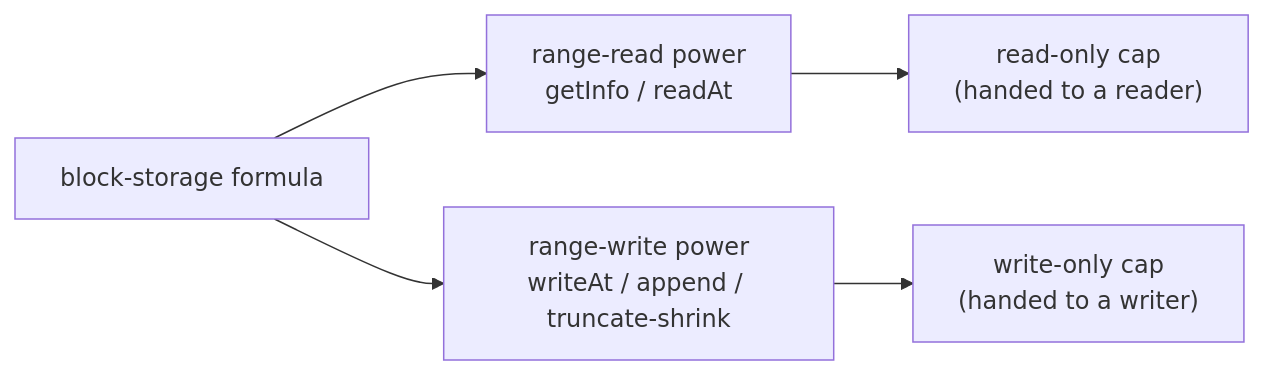
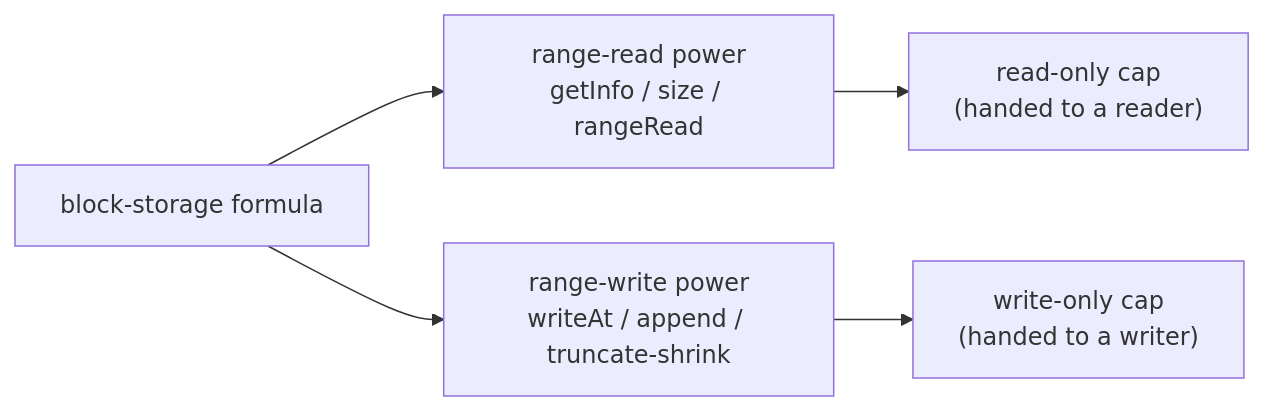
Before and after one commit to endojs/endo-but-for-bots: the diagram in designs/daemon-mutable-blob-block-storage.md, drawn with Mermaid. The commit also changed other lines of this file, not shown here.

First line of the commit message:
design(daemon): address panel review on mutable block-storage

````diff
--- a/designs/daemon-mutable-blob-block-storage.md
+++ b/designs/daemon-mutable-blob-block-storage.md
@@ -64,7 +74,7 @@
 ```mermaid
 flowchart LR
-  BS["block-storage formula"] --> RP["range-read power<br/>getInfo / readAt"]
+  BS["block-storage formula"] --> RP["range-read power<br/>getInfo / size / rangeRead"]
   BS --> WP["range-write power<br/>writeAt / append / truncate-shrink"]
   RP --> RO["read-only cap<br/>(handed to a reader)"]
   WP --> WO["write-only cap<br/>(handed to a writer)"]
 ```
````
